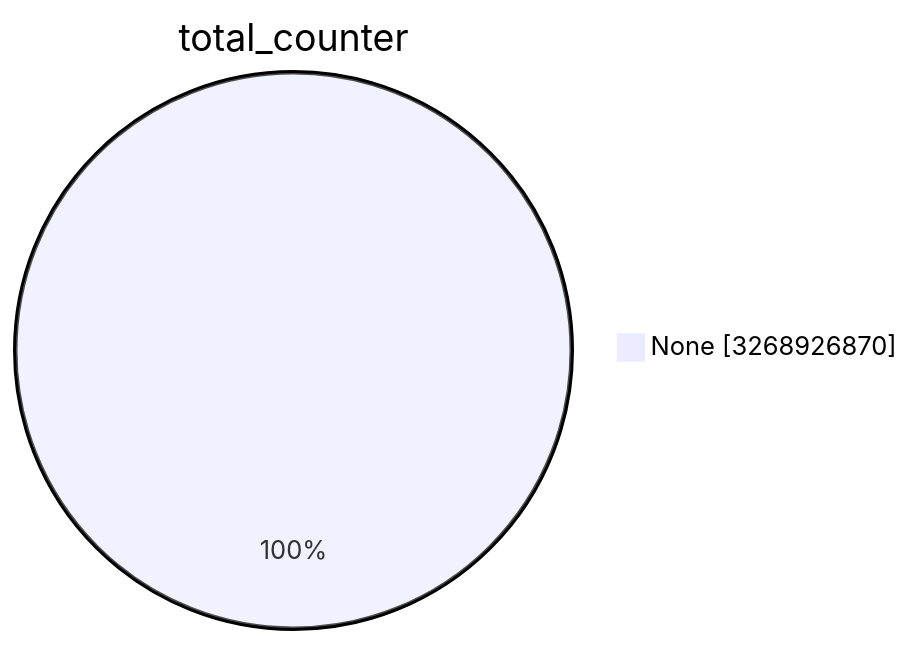
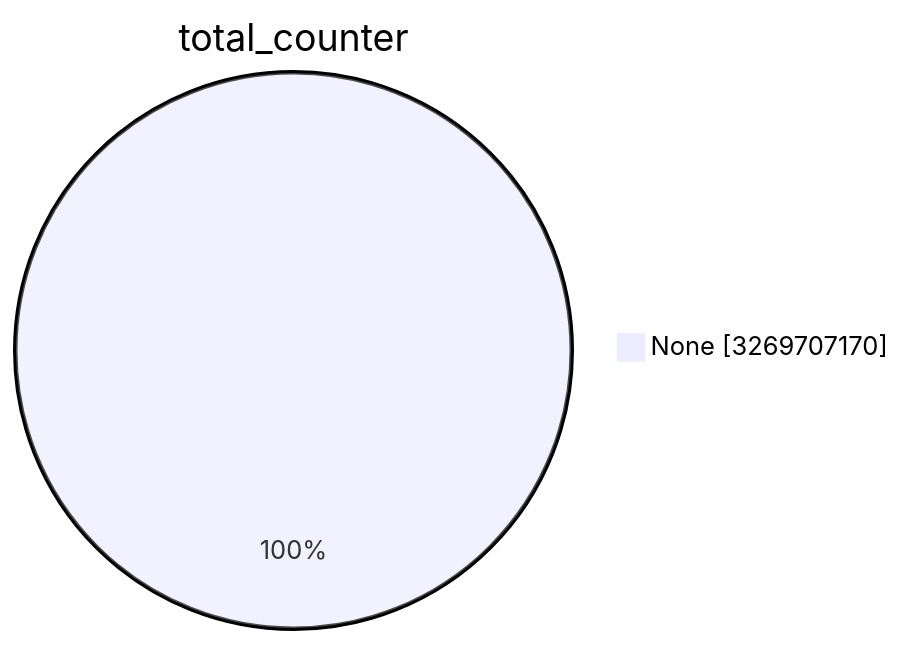
Before and after one commit to christiankrug/ctmonitor_visualization: the first of 15 diagrams in TOTAL/README.md, drawn with Mermaid. The commit also changed other lines of this file, not shown here.

````diff
--- a/TOTAL/README.md
+++ b/TOTAL/README.md
@@ -1,5 +1,5 @@
 ```mermaid
 pie showData
 title total_counter
-"None" :3268926870
+"None" :3269707170
 ```
````
